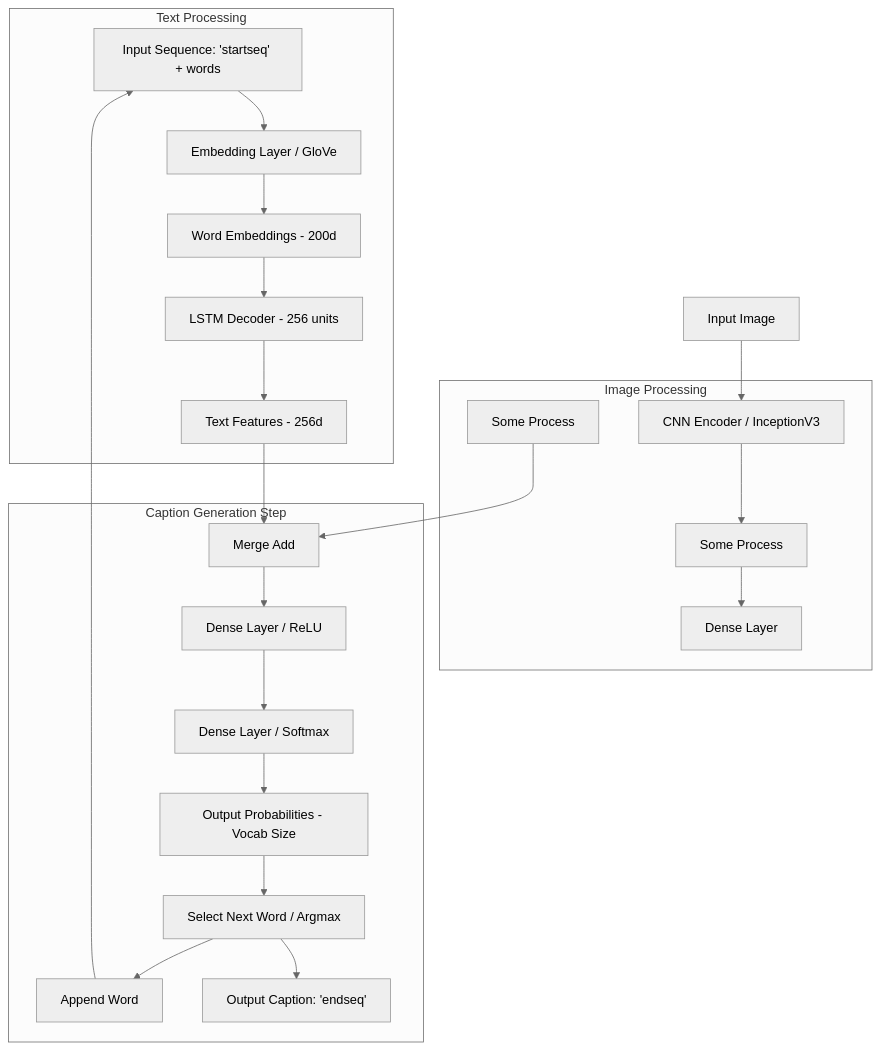
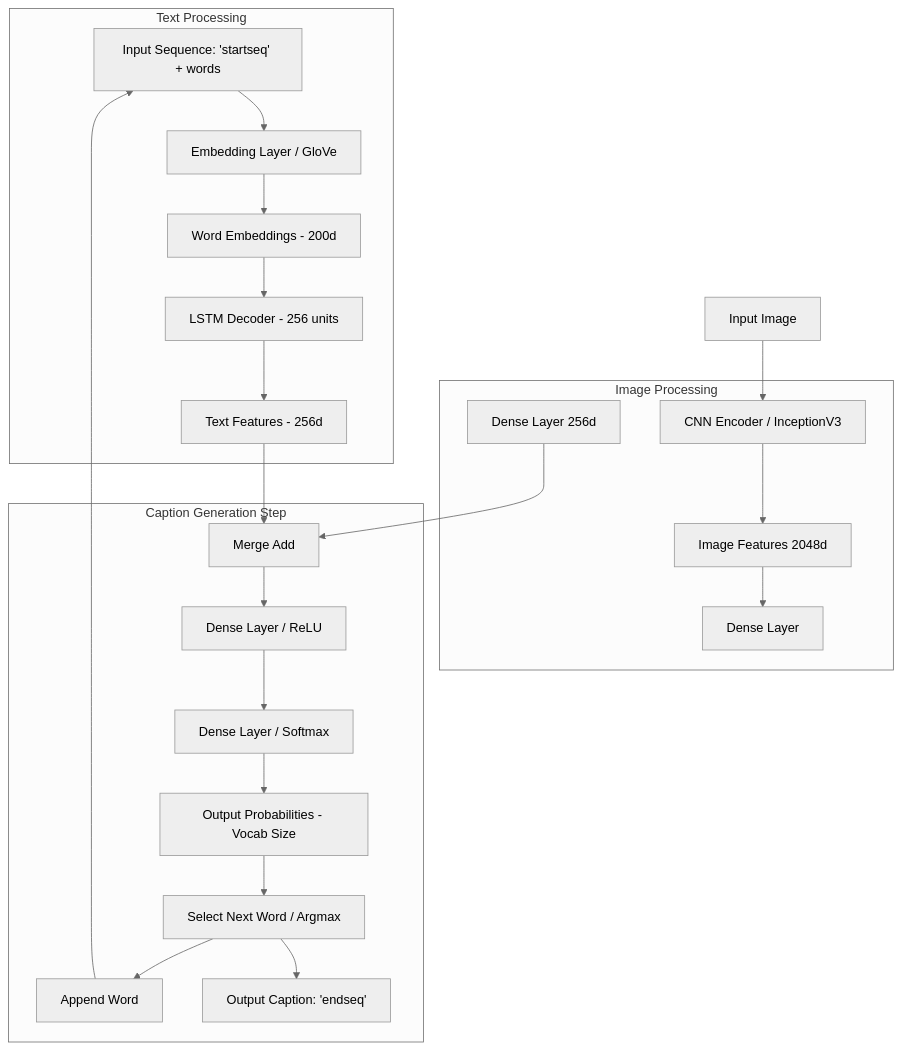
One commit to naman617/PixelScribe changed the diagram in README.md. Above: the diagram before and after it, drawn with Mermaid (neutral theme).

Commit message:
docs: fixing README.mdPt 5

````diff
--- a/README.md
+++ b/README.md
@@ -38,47 +38,47 @@
 ```mermaid
 graph TD
     A[Input Image] --> B[CNN Encoder / InceptionV3]
     B --> C[Image Feature Vector 2048d]
-    C[Some Process] --> F[Dense Layer]
+    C[Image Features 2048d] --> F[Dense Layer]
 
     H[Input Sequence: 'startseq' + words] --> I[Embedding Layer / GloVe]
     I --> J[Word Embeddings - 200d]
     J --> K[LSTM Decoder - 256 units]
     K --> L[Text Features - 256d]
 
-    G[Some Process] --> M[Merge Add]
+    G[Dense Layer 256d] --> M[Merge Add]
     L --> M
 
     M --> N[Dense Layer / ReLU]
     N --> O[Dense Layer / Softmax]
     O --> P[Output Probabilities - Vocab Size]
     P --> Q[Select Next Word / Argmax]
     Q --> R[Append Word]
     R --> H
     Q --> S[Output Caption: 'endseq']
 
     subgraph Image Processing
         B
         C
         F
         G
     end
 
     subgraph Text Processing
         H
         I
         J
         K
         L
     end
 
     subgraph Caption Generation Step
         M
         N
         O
         P
         Q
         R
         S
     end
 ```
````
